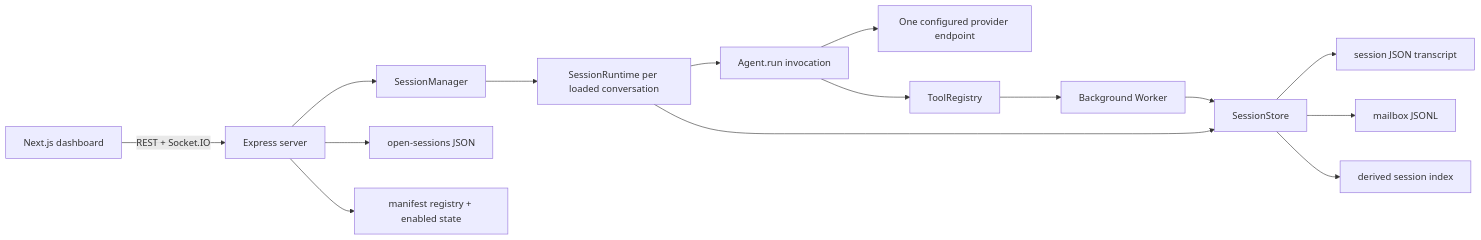
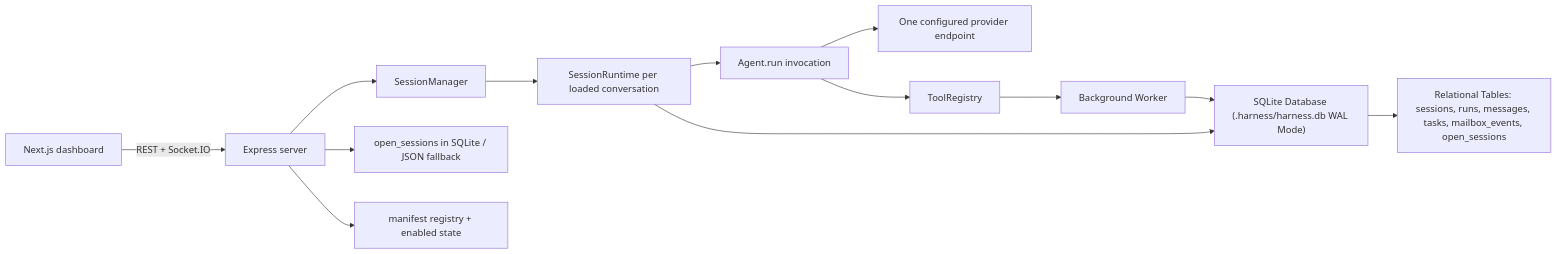
Before and after one commit to SatyaanM/agent-harness: the diagram in docs/architecture/CURRENT_STATE.md, drawn with Mermaid. The commit also changed other lines of this file and 39 other files, not shown here.

First line of the commit message:
feat(core): implement embedded SQLite WAL persistence and ACID transactions

````diff
--- a/docs/architecture/CURRENT_STATE.md
+++ b/docs/architecture/CURRENT_STATE.md
@@ -14,17 +14,15 @@
 ```mermaid
 flowchart LR
   UI["Next.js dashboard"] -->|"REST + Socket.IO"| Server["Express server"]
   Server --> Manager["SessionManager"]
   Manager --> Runtime["SessionRuntime per loaded conversation"]
   Runtime --> Agent["Agent.run invocation"]
   Agent --> LLM["One configured provider endpoint"]
   Agent --> Tools["ToolRegistry"]
   Tools --> Worker["Background Worker"]
-  Runtime --> Store["SessionStore"]
-  Worker --> Store
-  Store --> Transcript["session JSON transcript"]
-  Store --> Mailbox["mailbox JSONL"]
-  Store --> Index["derived session index"]
-  Server --> Open["open-sessions JSON"]
+  Runtime --> SQLite["SQLite Database (.harness/harness.db WAL Mode)"]
+  Worker --> SQLite
+  SQLite --> Relational["Relational Tables: sessions, runs, messages, tasks, mailbox_events, open_sessions"]
+  Server --> Open["open_sessions in SQLite / JSON fallback"]
   Server --> Plugin["manifest registry + enabled state"]
 ```
````
